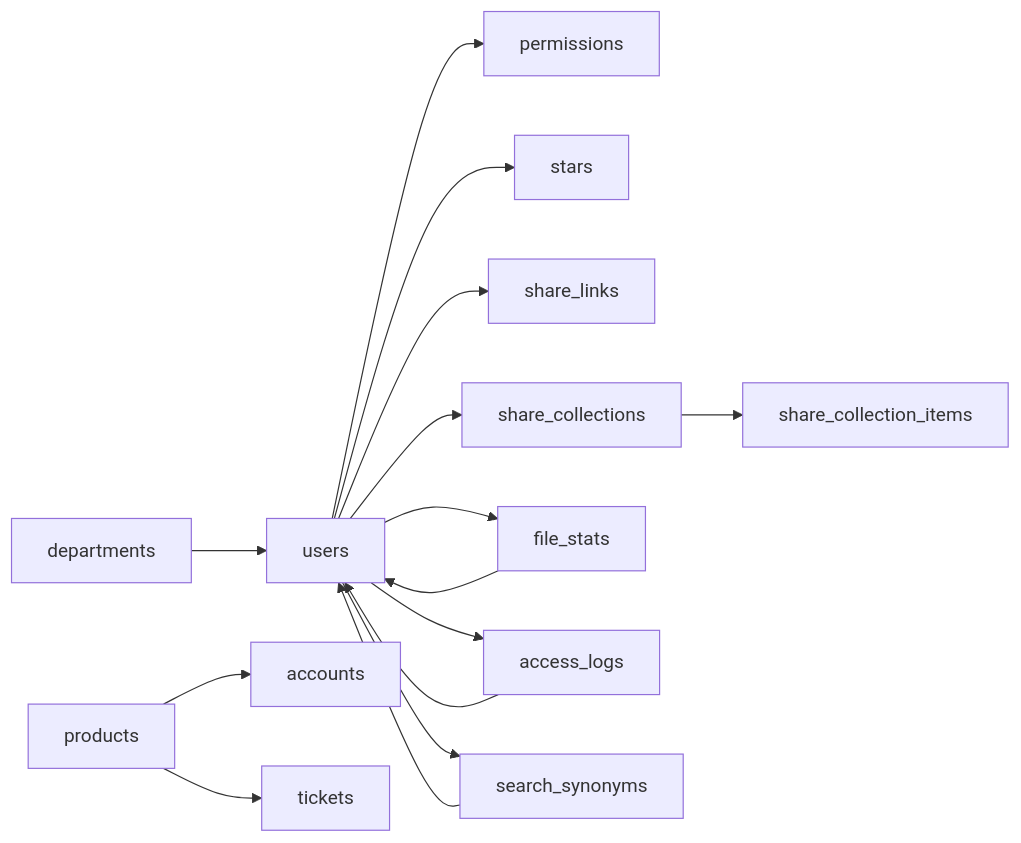
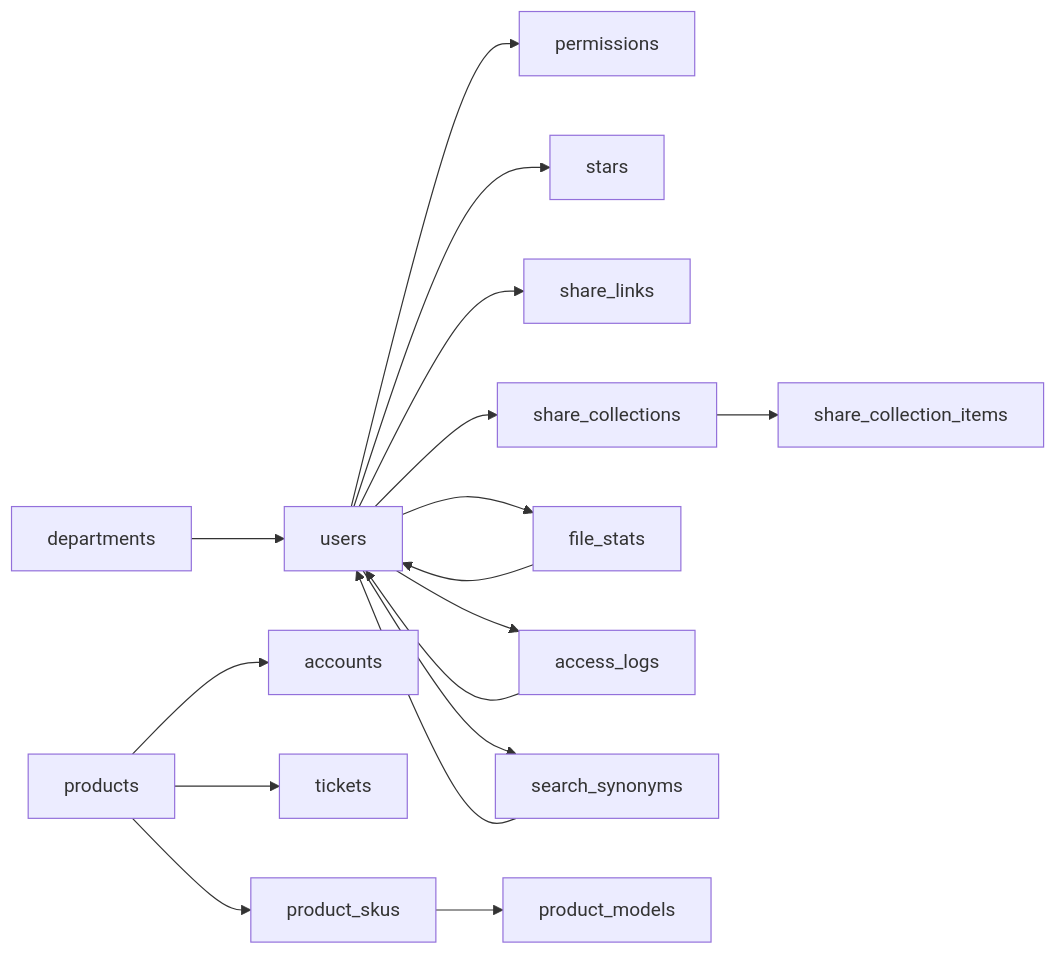
One commit to CubeEdge/Longhorn changed the third of 3 diagrams in .qoder/repowiki/zh/content/数据库设计/数据库表结构.md. Above: the diagram before and after it, drawn with Mermaid. The commit also changed other lines of this file and 118 other files, not shown here.

````diff
--- a/.qoder/repowiki/zh/content/数据库设计/数据库表结构.md
+++ b/.qoder/repowiki/zh/content/数据库设计/数据库表结构.md
@@ -667,17 +851,19 @@
 ```mermaid
 graph LR
 D["departments"] --> U["users"]
 U --> P["permissions"]
 U --> S["stars"]
 U --> SL["share_links"]
 U --> SC["share_collections"]
 U --> FS["file_stats"]
 U --> AL["access_logs"]
 U --> SS["search_synonyms"]
 SC --> SCI["share_collection_items"]
 FS --> U
 AL --> U
 SS --> U
 PR["products"] --> AC["accounts"]
 PR --> TK["tickets"]
+PR --> PS["product_skus"]
+PS --> PM["product_models"]
 ```
````
